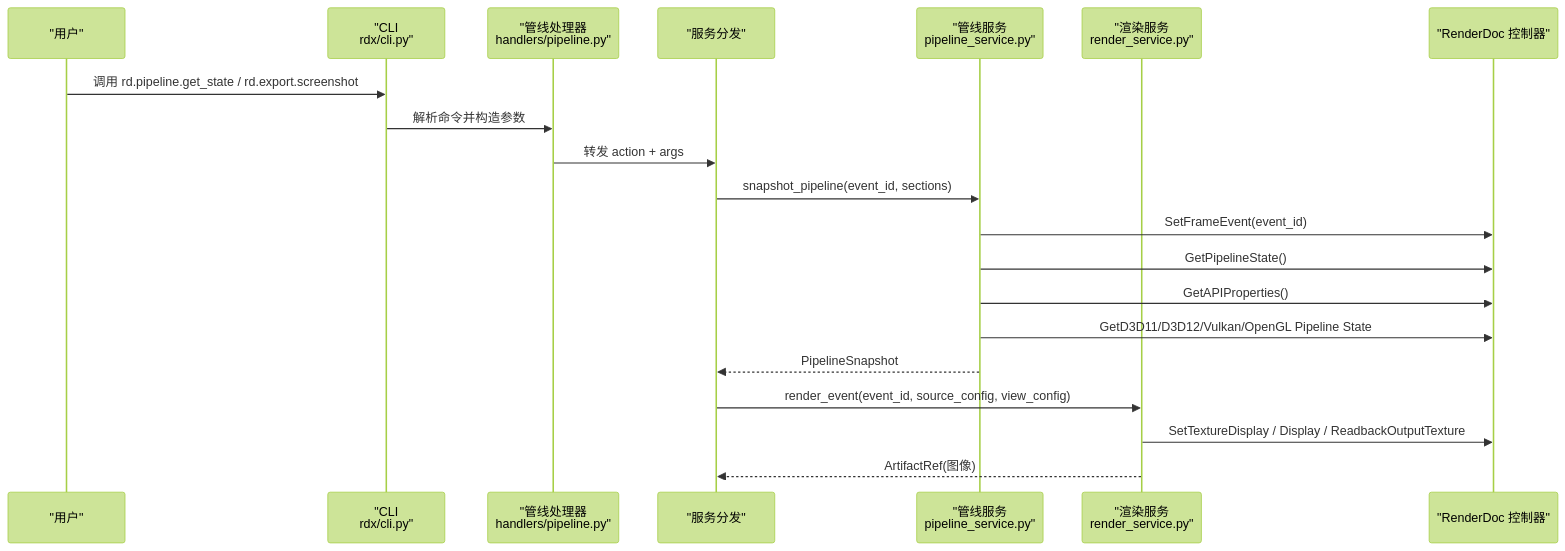
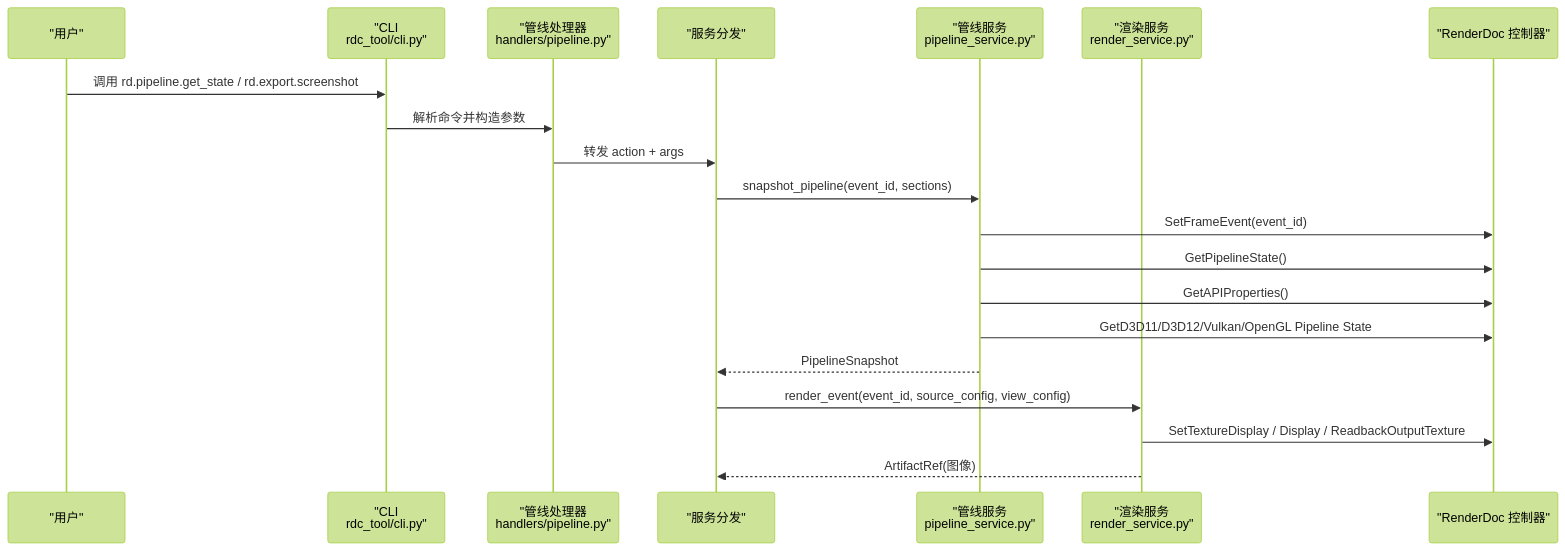
One commit to haolange/RDC-Tool changed the second of 3 diagrams in .qoder/repowiki/zh/content/核心概念/管线状态/管线阶段详解.md. Above: the diagram before and after it, drawn with Mermaid (forest theme). The commit also changed other lines of this file and 388 other files, not shown here.

First line of the commit message:
Release RDC-Tool identity and public maintenance surface

````diff
--- a/.qoder/repowiki/zh/content/核心概念/管线状态/管线阶段详解.md
+++ b/.qoder/repowiki/zh/content/核心概念/管线状态/管线阶段详解.md
@@ -84,22 +84,22 @@
 ```mermaid
 sequenceDiagram
 participant User as "用户"
-participant CLI as "CLI<br/>rdx/cli.py"
+participant CLI as "CLI<br/>rdc_tool/cli.py"
 participant Handler as "管线处理器<br/>handlers/pipeline.py"
 participant Runtime as "服务分发"
 participant PS as "管线服务<br/>pipeline_service.py"
 participant RS as "渲染服务<br/>render_service.py"
 participant RD as "RenderDoc 控制器"
 User->>CLI : 调用 rd.pipeline.get_state / rd.export.screenshot
 CLI->>Handler : 解析命令并构造参数
 Handler->>Runtime : 转发 action + args
 Runtime->>PS : snapshot_pipeline(event_id, sections)
 PS->>RD : SetFrameEvent(event_id)
 PS->>RD : GetPipelineState()
 PS->>RD : GetAPIProperties()
 PS->>RD : GetD3D11/D3D12/Vulkan/OpenGL Pipeline State
 PS-->>Runtime : PipelineSnapshot
 Runtime->>RS : render_event(event_id, source_config, view_config)
 RS->>RD : SetTextureDisplay / Display / ReadbackOutputTexture
 RS-->>Runtime : ArtifactRef(图像)
 ```
````
